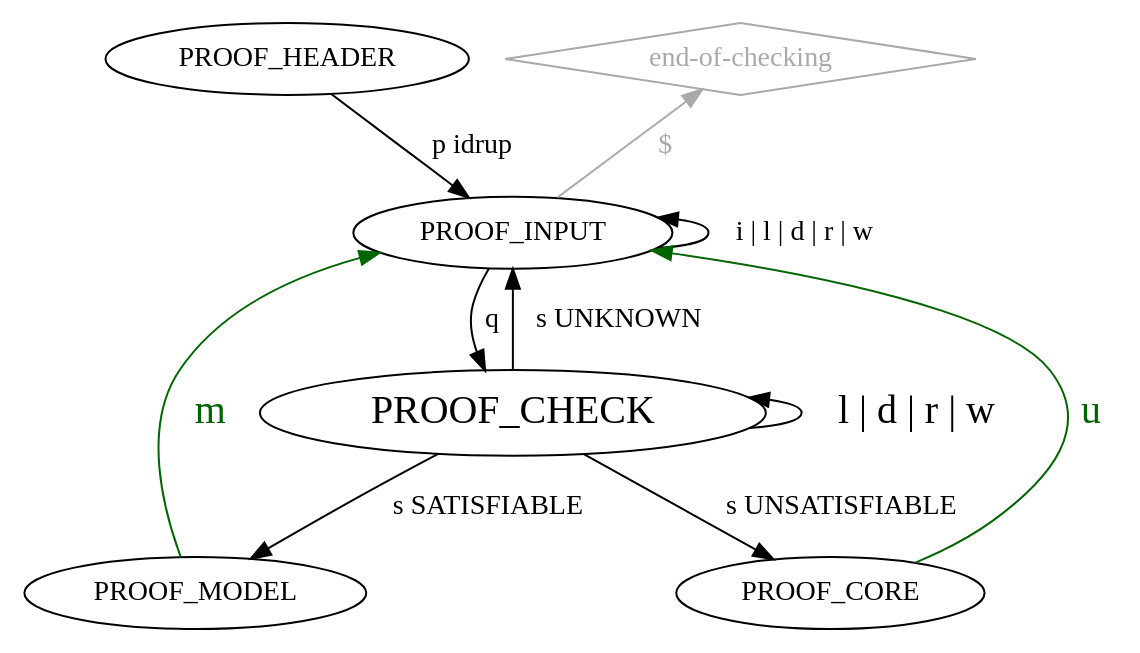
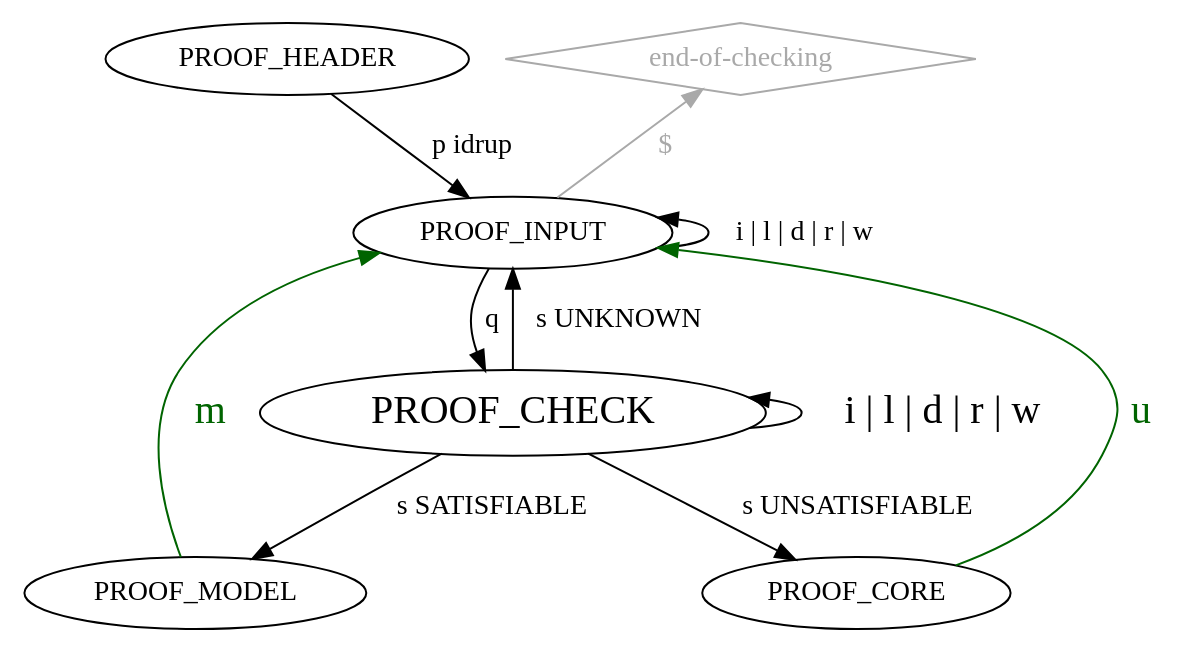
Before and after one commit to arminbiere/lidrup-check: the diagram in lidrup-check-really-pedantic-single.dot, drawn with Graphviz. The commit also changed 11 other files, not shown here.

```diff
--- a/lidrup-check-really-pedantic-single.dot
+++ b/lidrup-check-really-pedantic-single.dot
@@ -1,19 +1,19 @@
 digraph "idrup-check" {
 
   PROOF_HEADER -> PROOF_INPUT [label=" p idrup"]
 
   "end-of-checking" [shape=diamond,color=darkgray,fontcolor=darkgray];
    "end-of-checking" -> PROOF_INPUT [label="  $    ",dir=back,fontcolor=darkgray,color=darkgray];
 
   PROOF_INPUT -> PROOF_CHECK [label=" q "];
   PROOF_INPUT -> PROOF_INPUT [label=" i | l | d | r | w",dir=back];
 
   PROOF_CHECK [fontsize=20];
-  PROOF_CHECK -> PROOF_CHECK [label=" l | d | r | w ",dir=back,fontsize=20];
+  PROOF_CHECK -> PROOF_CHECK [label=" i | l | d | r | w ",dir=back,fontsize=20];
   PROOF_CHECK -> PROOF_MODEL [label=" s SATISFIABLE "];
   PROOF_CHECK -> PROOF_CORE [label=" s UNSATISFIABLE "];
   PROOF_CHECK -> PROOF_INPUT [label=" s UNKNOWN "];
 
   PROOF_MODEL -> PROOF_INPUT [label=" m ",color=darkgreen,fontsize=20,fontcolor=darkgreen];
   PROOF_CORE -> PROOF_INPUT [label=" u ",color=darkgreen,fontsize=20,fontcolor=darkgreen];
 }
```
